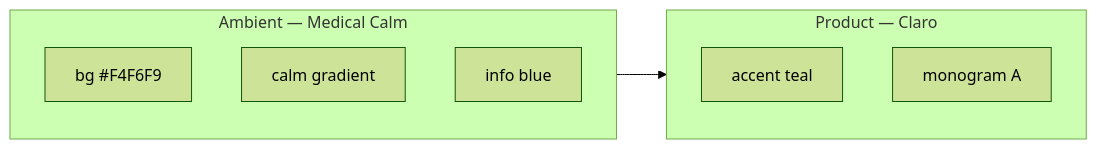
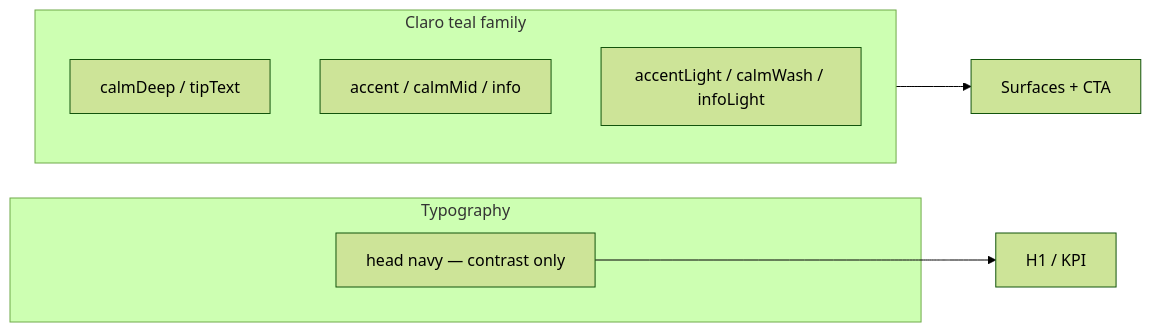
The diagram in docs/brand-dual-calm.md (zuevfoton-art/AllerGuide), drawn with Mermaid (forest theme) before and after one commit. The commit also changed other lines of this file and 7 other files, not shown here.

First line of the commit message:
feat(mobile): Phase 1 Claro Green — remap calm/info off medical blue

````diff
--- a/docs/brand-dual-calm.md
+++ b/docs/brand-dual-calm.md
@@ -19,13 +16,13 @@
 ```mermaid
 flowchart LR
-  subgraph ambient [Ambient — Medical Calm]
-    bg[bg #F4F6F9]
-    calm[calm gradient]
-    info[info blue]
+  subgraph claro [Claro teal family]
+    deep[calmDeep / tipText]
+    accent[accent / calmMid / info]
+    wash[accentLight / calmWash / infoLight]
   end
-  subgraph product [Product — Claro]
-    accent[accent teal]
-    mark[monogram A]
+  subgraph text [Typography]
+    head[head navy — contrast only]
   end
-  ambient --> product
+  claro --> UI[Surfaces + CTA]
+  head --> Type[H1 / KPI]
 ```
````
